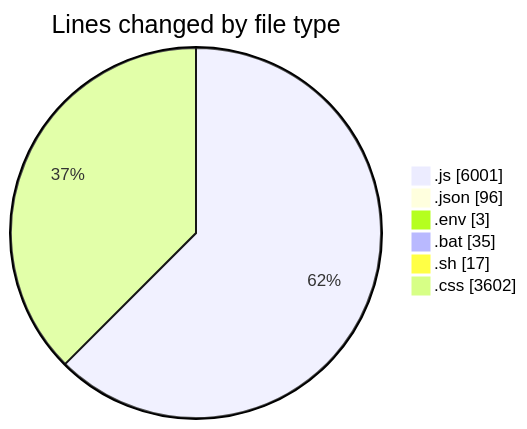
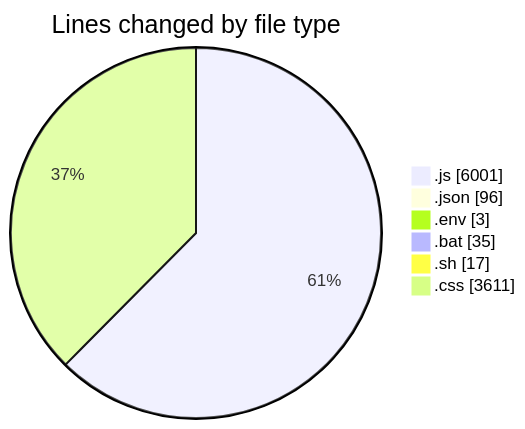
The first of 2 diagrams in 2025-07-19/eduwallet-main/README.md (lephambinh05/code-tracking), drawn with Mermaid before and after one commit. The commit also changed other lines of this file and 1 other file, not shown here.

````diff
--- a/2025-07-19/eduwallet-main/README.md
+++ b/2025-07-19/eduwallet-main/README.md
@@ -70,10 +70,10 @@
 ```mermaid
 pie showData
 title Lines changed by file type
 ".js" : 6001
 ".json" : 96
 ".env" : 3
 ".bat" : 35
 ".sh" : 17
-".css" : 3602
+".css" : 3611
 ```
````
